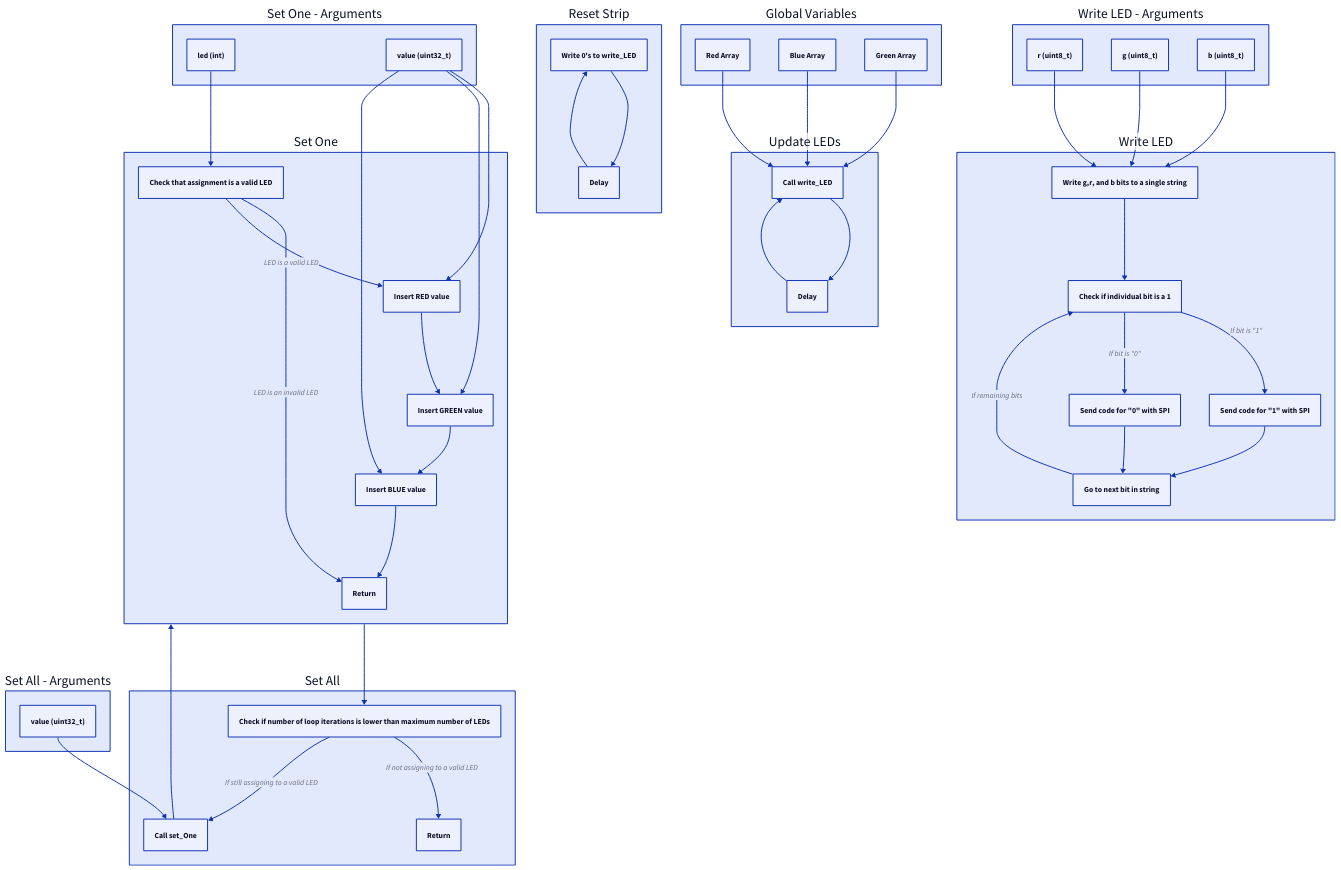
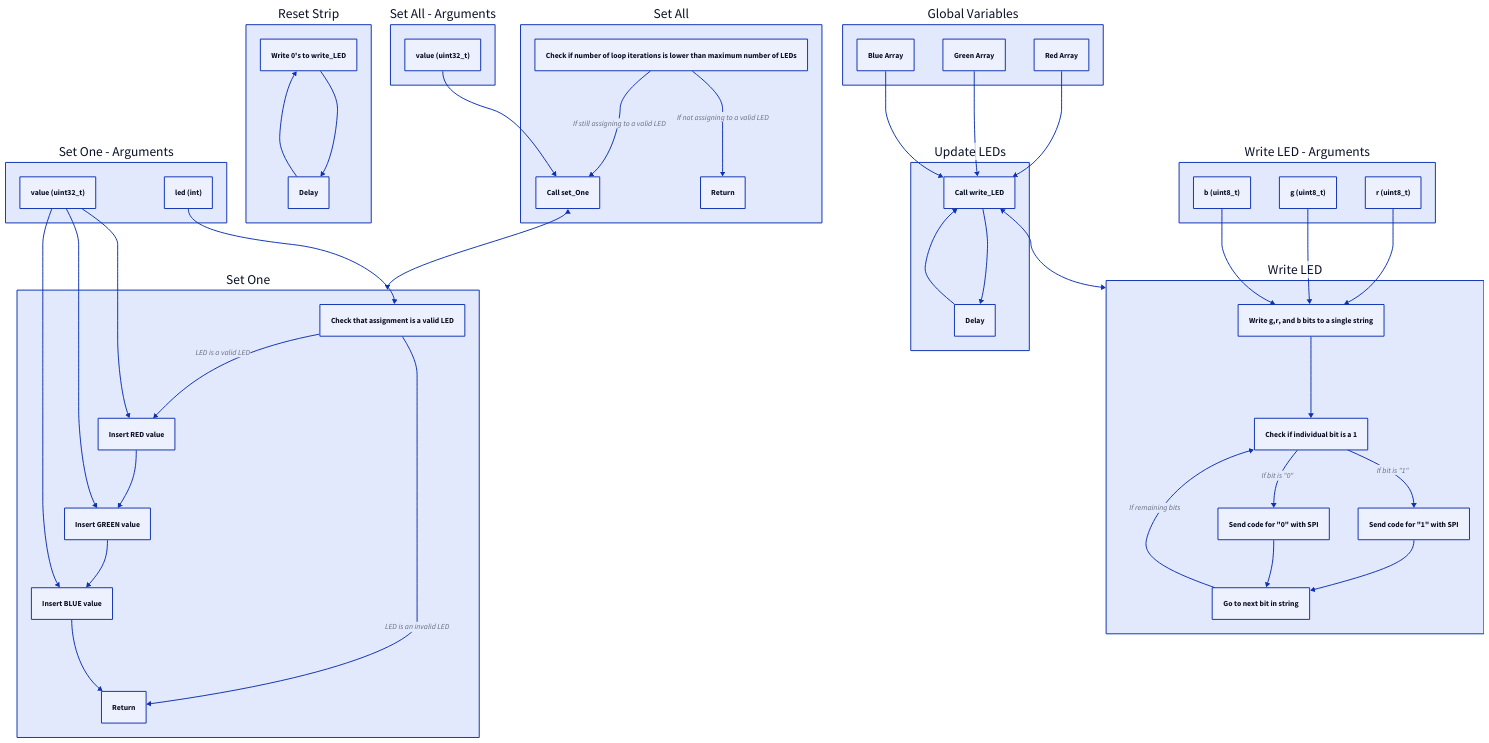
The diagram in docs/leds_flowchart.d2 (ncsurobotics/SW8E-MEB-Software), drawn with D2 before and after one commit. The commit also changed 1 other file, not shown here.

Commit message:
Refined loop flow

```diff
--- a/docs/leds_flowchart.d2
+++ b/docs/leds_flowchart.d2
@@ -1,85 +1,83 @@
 vars_global: Global Variables {
 	red: Red Array
 	blue: Blue Array
 	green: Green Array
 }
 
 args_set_one: Set One - Arguments {
 	led: led (int)
 	value: value (uint32_t)
 }
 fnc_set_one: Set One {
 	bounds_chk: Check that assignment is a valid LED
 	assign_red: Insert RED value
 	assign_grn: Insert GREEN value
 	assign_blu: Insert BLUE value
 	return: Return
 
 	bounds_chk -> return: LED is an invalid LED
 	bounds_chk -> assign_red: LED is a valid LED
 	assign_red -> assign_grn
 	assign_grn -> assign_blu
 	assign_blu -> return
 }
 args_set_one.led -> fnc_set_one.bounds_chk
 args_set_one.value -> fnc_set_one.assign_red
 args_set_one.value -> fnc_set_one.assign_grn
 args_set_one.value -> fnc_set_one.assign_blu
 
 args_set_all: Set All - Arguments {
 	value: value (uint32_t)
 }
 fnc_set_all: Set All {
 	loop_con_chk: Check if number of loop iterations is lower than maximum number of LEDs
 	call: Call set_One
 	return: Return
 
 	loop_con_chk -> return: If not assigning to a valid LED
 	loop_con_chk -> call: If still assigning to a valid LED
 }
 args_set_all.value -> fnc_set_all.call
-fnc_set_all.call -> fnc_set_one
-fnc_set_one -> fnc_set_all.loop_con_chk
+fnc_set_all.call <-> fnc_set_one
 
 args_write_LED: Write LED - Arguments {
 	r_value: r (uint8_t)
 	g_value: g (uint8_t)
 	b_value: b (uint8_t)
 }
-
 fnc_write_LED: Write LED {
 	split_g_r_b_channels: Write g,r, and b bits to a single string
 	check_if_1: Check if individual bit is a 1
 	send_1_code: Send code for "1" with SPI
 	send_0_code: Send code for "0" with SPI
 	goto_next_bit: Go to next bit in string
 
 	split_g_r_b_channels -> check_if_1
 	check_if_1 -> send_1_code: If bit is "1"
 	check_if_1 -> send_0_code: If bit is "0"
 	send_1_code -> goto_next_bit
 	send_0_code -> goto_next_bit
 	goto_next_bit -> check_if_1: If remaining bits
 }
-
 args_write_LED.r_value -> fnc_write_LED.split_g_r_b_channels
 args_write_LED.g_value -> fnc_write_LED.split_g_r_b_channels
 args_write_LED.b_value -> fnc_write_LED.split_g_r_b_channels
 
 fnc_update_LEDs: Update LEDs {
 	call_write_led: Call write_LED
 	delay: Delay
 	call_write_led -> delay
 	delay -> call_write_led
 }
+fnc_update_LEDs.call_write_led <-> fnc_write_LED
 
 vars_global.red -> fnc_update_LEDS.call_write_led
 vars_global.green -> fnc_update_LEDS.call_write_led
 vars_global.blue -> fnc_update_LEDS.call_write_led
 
 fnc_reset_strip: Reset Strip {
 	call_write_led: Write 0's to write_LED
 	delay: Delay
 	call_write_led -> delay
 	delay -> call_write_led
 }
```
